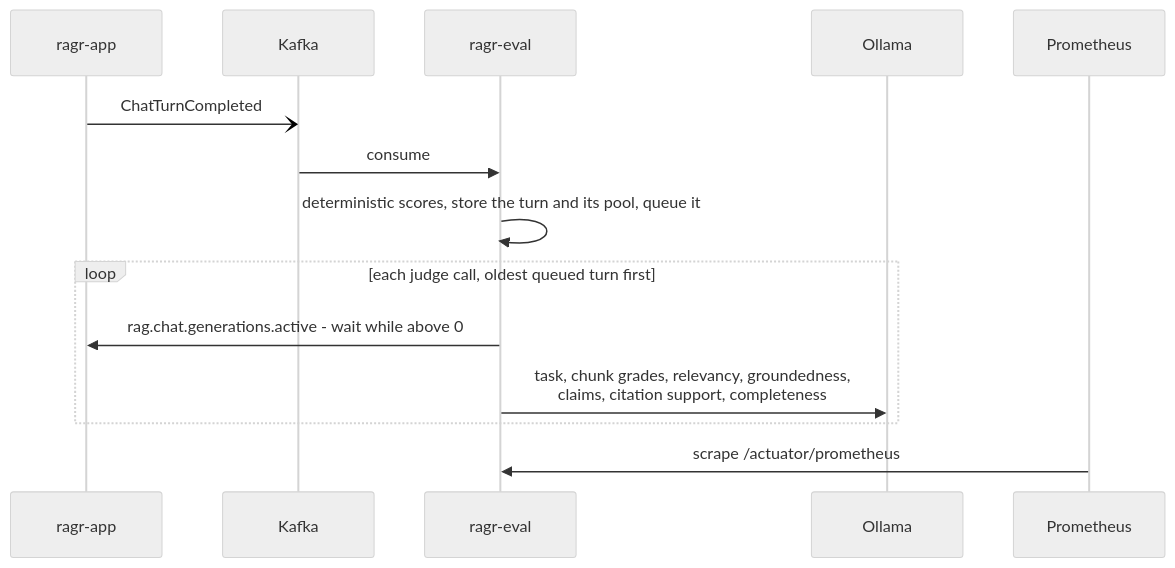
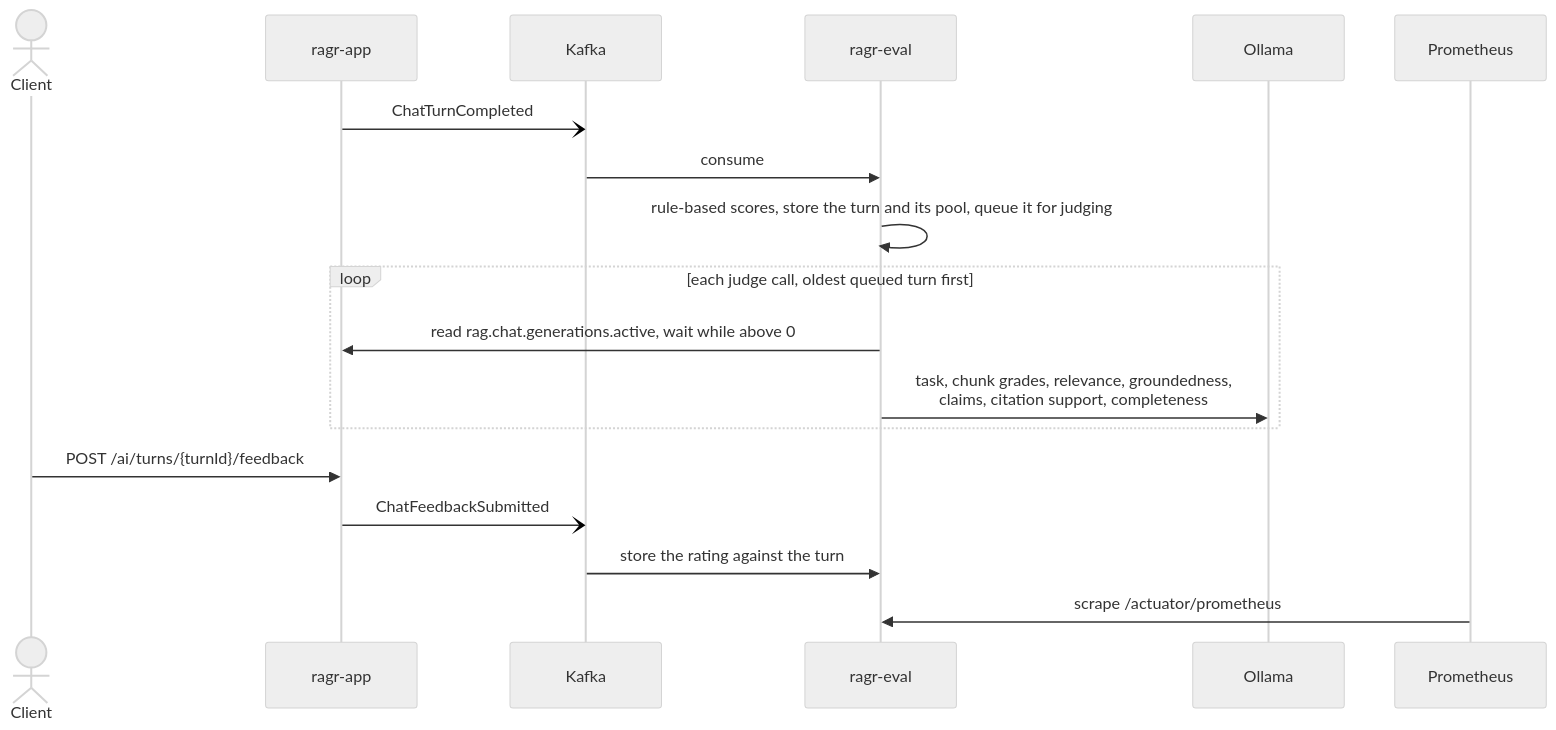
Before and after one commit to subhanmishra/spring-ai: the third of 3 diagrams in README.md, drawn with Mermaid (neutral theme). The commit also changed other lines of this file and 5 other files, not shown here.

First line of the commit message:
Rewrite the READMEs in plain language, and bring the flow diagrams up to date

````diff
--- a/README.md
+++ b/README.md
@@ -126,17 +160,21 @@
 ```mermaid
 sequenceDiagram
+    actor U as Client
     participant C as ragr-app
     participant K as Kafka
     participant E as ragr-eval
     participant O as Ollama
     participant M as Prometheus
 
     C-)K: ChatTurnCompleted
     K->>E: consume
-    E->>E: deterministic scores, store the turn and its pool, queue it
+    E->>E: rule-based scores, store the turn and its pool, queue it for judging
     loop each judge call, oldest queued turn first
-        E->>C: rag.chat.generations.active - wait while above 0
-        E->>O: task, chunk grades, relevancy, groundedness,<br/>claims, citation support, completeness
+        E->>C: read rag.chat.generations.active, wait while above 0
+        E->>O: task, chunk grades, relevance, groundedness,<br/>claims, citation support, completeness
     end
+    U->>C: POST /ai/turns/{turnId}/feedback
+    C-)K: ChatFeedbackSubmitted
+    K->>E: store the rating against the turn
     M->>E: scrape /actuator/prometheus
 ```
````
